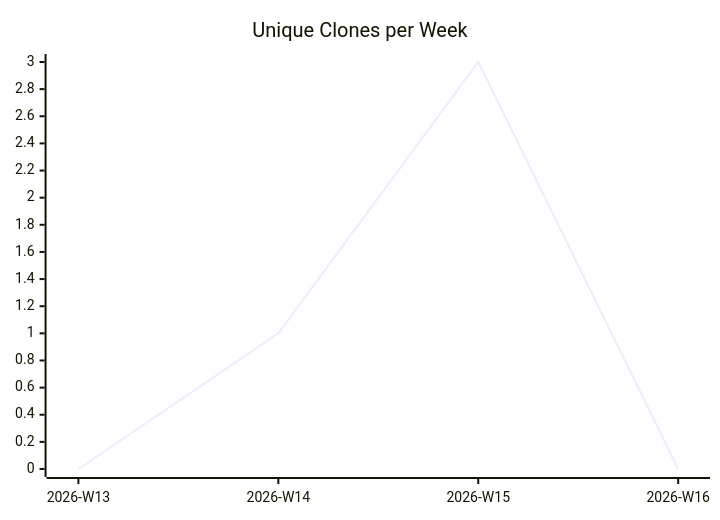
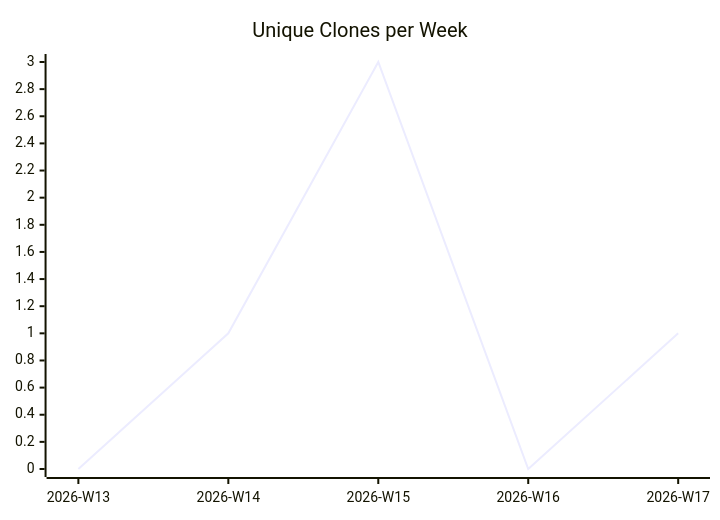
One commit to justdavis-family/github-analytics-data changed the third of 3 diagrams in karlmdavis/FHIR-Server/README.md. Above: the diagram before and after it, drawn with Mermaid. The commit also changed other lines of this file and 192 other files, not shown here.

````diff
--- a/karlmdavis/FHIR-Server/README.md
+++ b/karlmdavis/FHIR-Server/README.md
@@ -19,6 +19,6 @@
 ```mermaid
 xychart-beta
   title "Unique Clones per Week"
-  x-axis ["2026-W13", "2026-W14", "2026-W15", "2026-W16"]
-  line [0, 1, 3, 0]
+  x-axis ["2026-W13", "2026-W14", "2026-W15", "2026-W16", "2026-W17"]
+  line [0, 1, 3, 0, 1]
 ```
````
